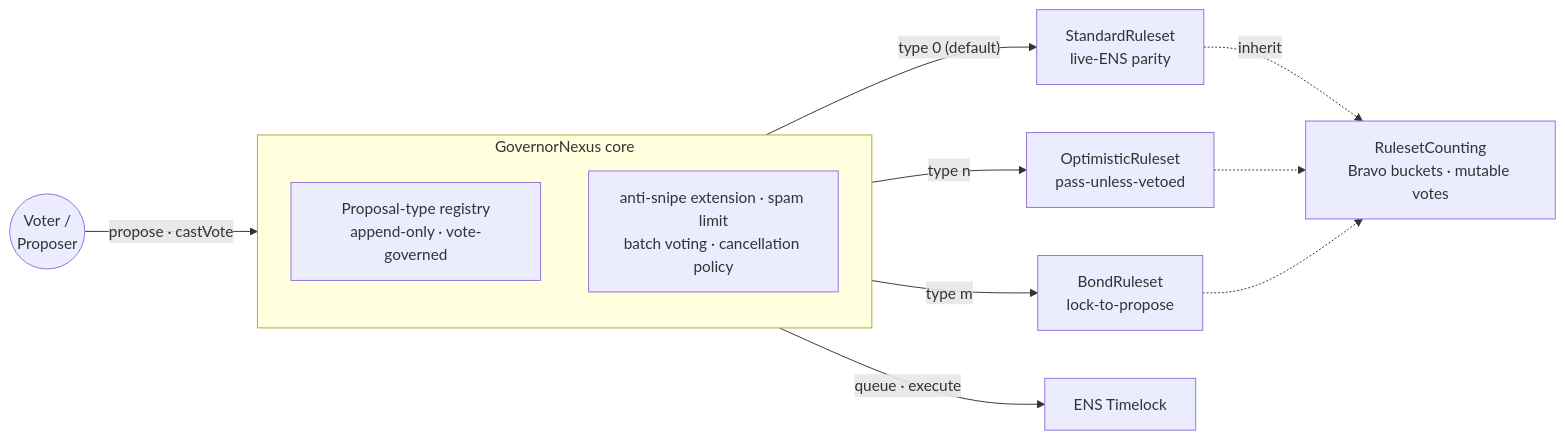
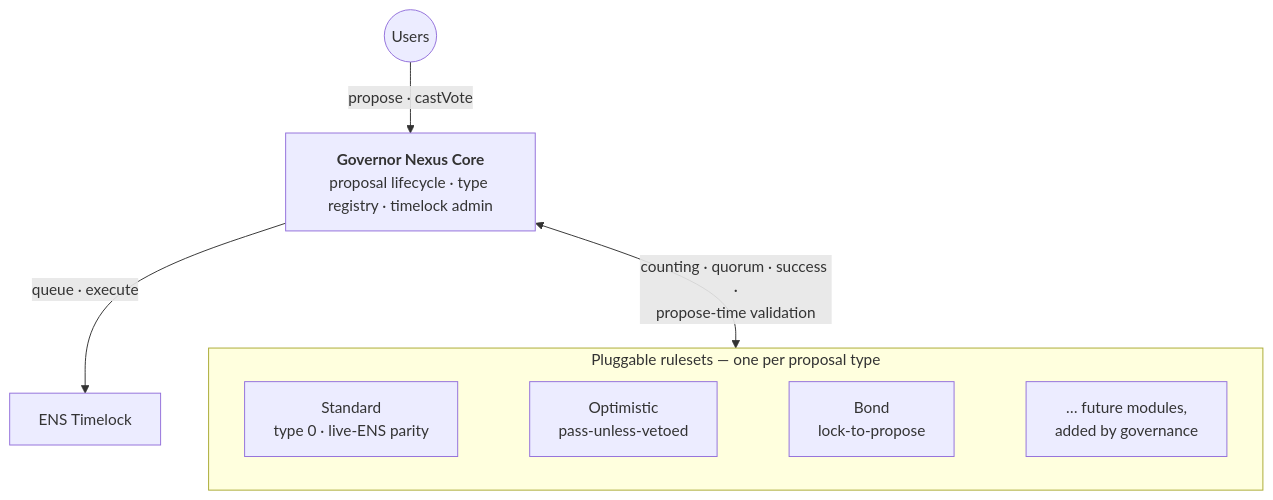
One commit to blockful/nexus changed the diagram in README.md. Above: the diagram before and after it, drawn with Mermaid. The commit also changed other lines of this file, not shown here.

````diff
--- a/README.md
+++ b/README.md
@@ -18,20 +24,11 @@
 ```mermaid
-flowchart LR
-    V(("Voter /<br/>Proposer")) -->|"propose · castVote"| G
+flowchart TD
+    U(("Users")) -->|"propose · castVote"| CORE["<b>Governor Nexus Core</b><br/>proposal lifecycle · type registry · timelock admin"]
+    CORE -->|"queue · execute"| TL["ENS Timelock"]
+    CORE <-->|"counting · quorum · success ·<br/>propose-time validation"| RS
 
-    subgraph G["GovernorNexus core"]
-        direction TB
-        R["Proposal-type registry<br/>append-only · vote-governed"]
-        X["anti-snipe extension · spam limit<br/>batch voting · cancellation policy"]
+    subgraph RS["Pluggable rulesets — one per proposal type"]
+        direction LR
+        S["Standard<br/>type 0 · live-ENS parity"] ~~~ O["Optimistic<br/>pass-unless-vetoed"] ~~~ B["Bond<br/>lock-to-propose"] ~~~ M["… future modules,<br/>added by governance"]
     end
-
-    R -->|"type 0 (default)"| S["StandardRuleset<br/>live-ENS parity"]
-    R -->|"type n"| O["OptimisticRuleset<br/>pass-unless-vetoed"]
-    R -->|"type m"| B["BondRuleset<br/>lock-to-propose"]
-
-    S -. "inherit" .-> C["RulesetCounting<br/>Bravo buckets · mutable votes"]
-    O -.-> C
-    B -.-> C
-
-    G -->|"queue · execute"| T["ENS Timelock"]
 ```
````
